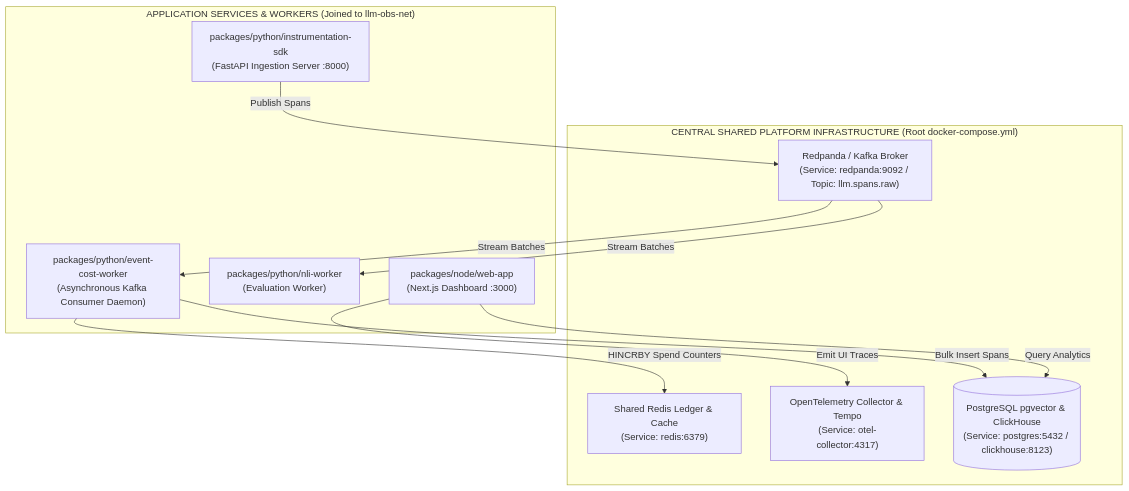
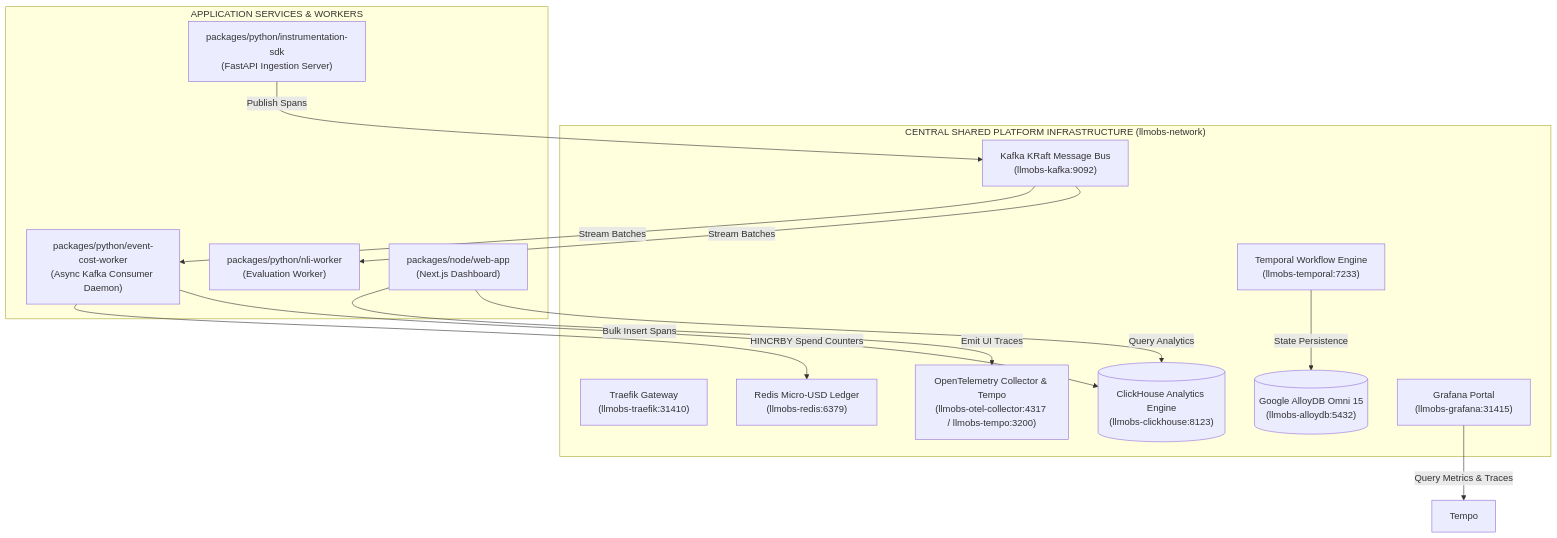
One commit to Chief-Strategist-J/llm-observability-platform changed the first of 2 diagrams in notebooks/runbooks/decisions/20260825-013-centralized-platform-infrastructure-topology-and-decoupled-microservices.md. Above: the diagram before and after it, drawn with Mermaid. The commit also changed other lines of this file and 3 other files, not shown here.

````diff
--- a/notebooks/runbooks/decisions/20260825-013-centralized-platform-infrastructure-topology-and-decoupled-microservices.md
+++ b/notebooks/runbooks/decisions/20260825-013-centralized-platform-infrastructure-topology-and-decoupled-microservices.md
@@ -57,24 +55,30 @@
 ```mermaid
 flowchart TD
-    subgraph CentralInfra["CENTRAL SHARED PLATFORM INFRASTRUCTURE (Root docker-compose.yml)"]
-        KafkaBroker["Redpanda / Kafka Broker\n(Service: redpanda:9092 / Topic: llm.spans.raw)"]
-        RedisCache["Shared Redis Ledger & Cache\n(Service: redis:6379)"]
-        OtelPipeline["OpenTelemetry Collector & Tempo\n(Service: otel-collector:4317)"]
-        DatabaseServer[("PostgreSQL pgvector & ClickHouse\n(Service: postgres:5432 / clickhouse:8123)")]
+    subgraph CentralInfra["CENTRAL SHARED PLATFORM INFRASTRUCTURE (llmobs-network)"]
+        Traefik["Traefik Gateway\n(llmobs-traefik:31410)"]
+        KafkaBroker["Kafka KRaft Message Bus\n(llmobs-kafka:9092)"]
+        RedisCache["Redis Micro-USD Ledger\n(llmobs-redis:6379)"]
+        OtelPipeline["OpenTelemetry Collector & Tempo\n(llmobs-otel-collector:4317 / llmobs-tempo:3200)"]
+        AlloyDatabase[("Google AlloyDB Omni 15\n(llmobs-alloydb:5432)")]
+        ClickHouseDB[("ClickHouse Analytics Engine\n(llmobs-clickhouse:8123)")]
+        TemporalEngine["Temporal Workflow Engine\n(llmobs-temporal:7233)"]
+        GrafanaPortal["Grafana Portal\n(llmobs-grafana:31415)"]
     end
 
-    subgraph Microservices["APPLICATION SERVICES & WORKERS (Joined to llm-obs-net)"]
-        SDK["packages/python/instrumentation-sdk\n(FastAPI Ingestion Server :8000)"]
-        CostWorker["packages/python/event-cost-worker\n(Asynchronous Kafka Consumer Daemon)"]
+    subgraph Microservices["APPLICATION SERVICES & WORKERS"]
+        SDK["packages/python/instrumentation-sdk\n(FastAPI Ingestion Server)"]
+        CostWorker["packages/python/event-cost-worker\n(Async Kafka Consumer Daemon)"]
         NliWorker["packages/python/nli-worker\n(Evaluation Worker)"]
-        WebApp["packages/node/web-app\n(Next.js Dashboard :3000)"]
+        WebApp["packages/node/web-app\n(Next.js Dashboard)"]
     end
 
     SDK -->|Publish Spans| KafkaBroker
     KafkaBroker -->|Stream Batches| CostWorker
     KafkaBroker -->|Stream Batches| NliWorker
     CostWorker -->|HINCRBY Spend Counters| RedisCache
-    CostWorker -->|Bulk Insert Spans| DatabaseServer
+    CostWorker -->|Bulk Insert Spans| ClickHouseDB
+    TemporalEngine -->|State Persistence| AlloyDatabase
     WebApp -->|Emit UI Traces| OtelPipeline
-    WebApp -->|Query Analytics| DatabaseServer
+    WebApp -->|Query Analytics| ClickHouseDB
+    GrafanaPortal -->|Query Metrics & Traces| Tempo
 ```
````
